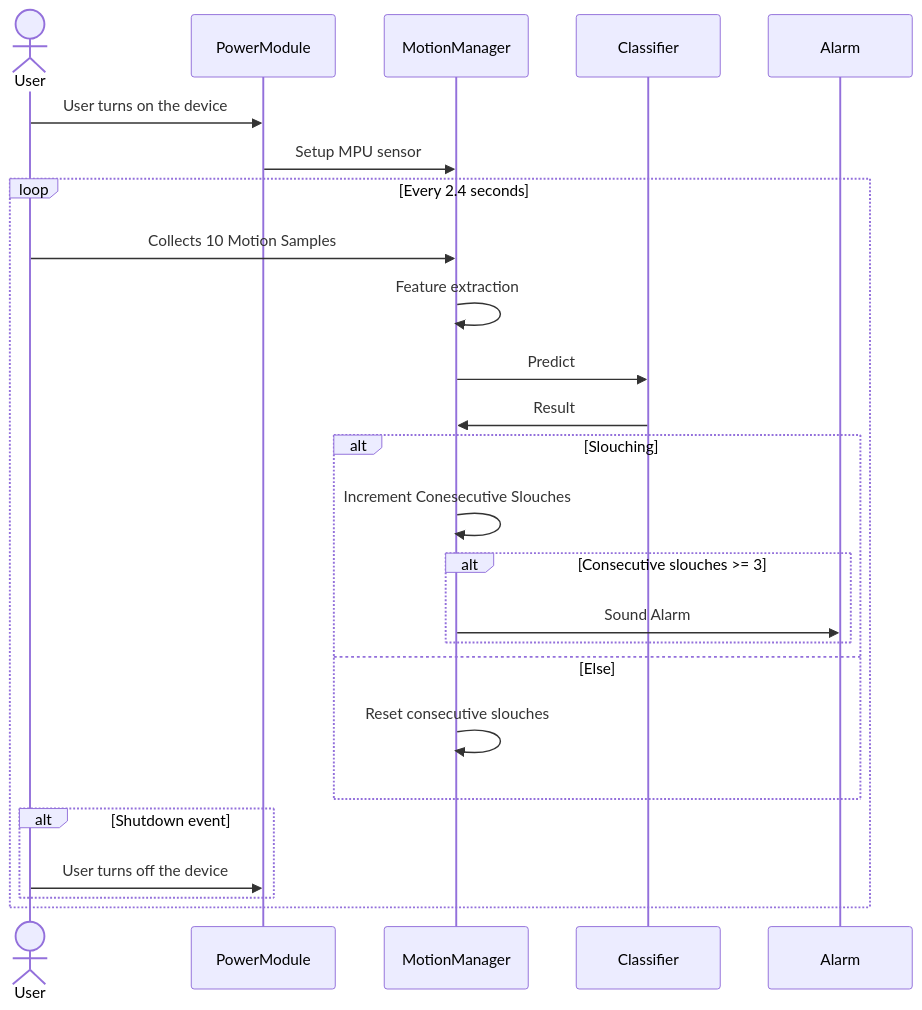
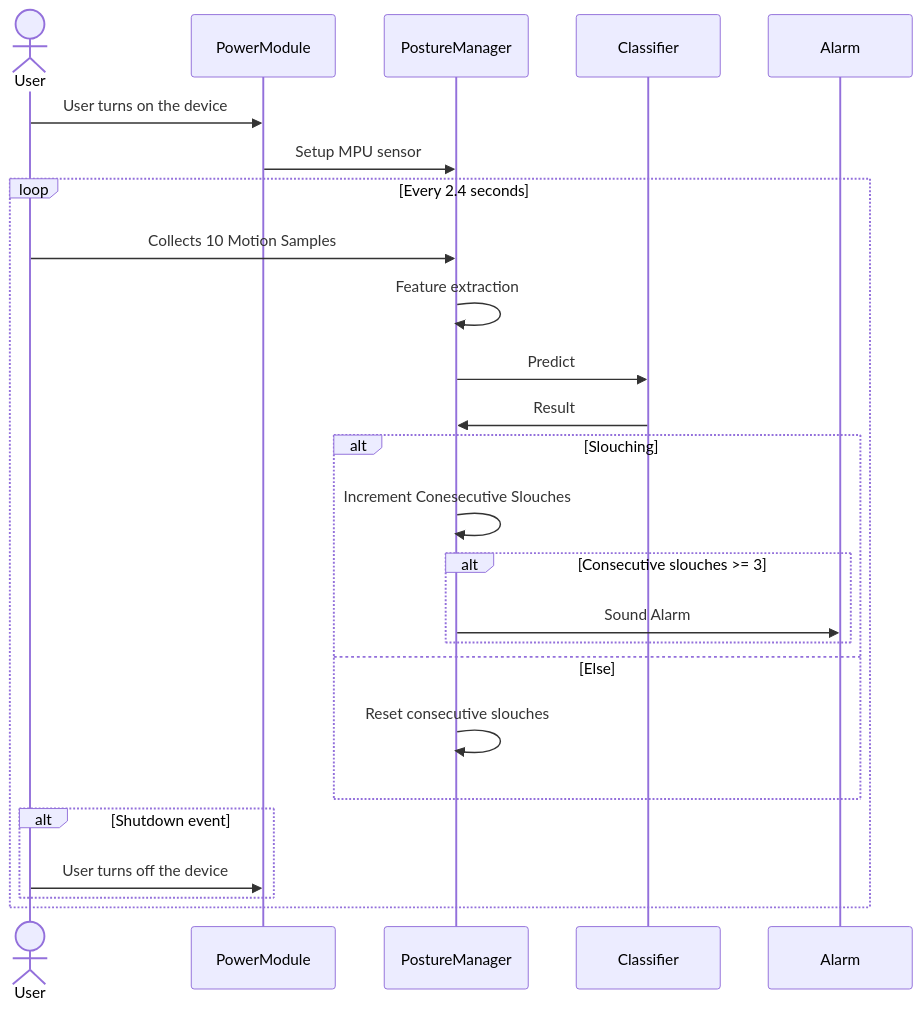
One commit to daviecheng/posture_corrector changed the diagram in docs/sequence_diagram.md. Above: the diagram before and after it, drawn with Mermaid. The commit also changed 4 other files, not shown here.

Commit message:
Add PostureManager class

````diff
--- a/docs/sequence_diagram.md
+++ b/docs/sequence_diagram.md
@@ -3,31 +3,31 @@
 ```mermaid
 sequenceDiagram
     actor User
     participant Power as PowerModule
-    participant Manager as MotionManager
+    participant Manager as PostureManager
     participant SEFR as Classifier
     participant Buzzer as Alarm
 
     User->>Power : User turns on the device
     Power->>Manager : Setup MPU sensor
     loop Every 2.4 seconds
         User->>Manager : Collects 10 Motion Samples
         Manager->>Manager : Feature extraction
         Manager->>SEFR: Predict
         SEFR->>Manager: Result
         alt Slouching
             Manager->>Manager: Increment Conesecutive Slouches
             alt Consecutive slouches >= 3
                 Manager->>Buzzer: Sound Alarm
             end
         else Else
             Manager->>Manager : Reset consecutive slouches
         end
 
         # Power off flow
         alt Shutdown event
             User->>Power : User turns off the device
         end
 
     end
 ```
````
